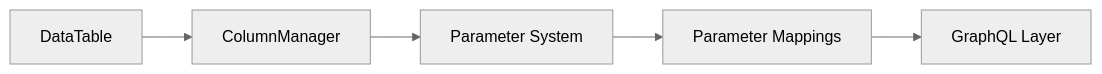
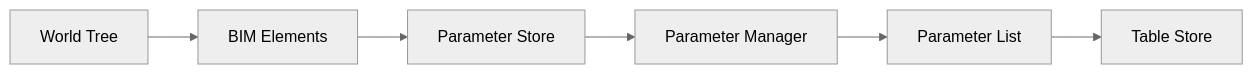
One commit to aandriuss/Agmify-v2 changed the second of 3 diagrams in packages/server/parameter-system-architecture.md. Above: the diagram before and after it, drawn with Mermaid (neutral theme). The commit also changed other lines of this file and 19 other files, not shown here.

````diff
--- a/packages/server/parameter-system-architecture.md
+++ b/packages/server/parameter-system-architecture.md
@@ -77,7 +124,8 @@
 ```mermaid
 graph LR
-    A[DataTable] --> B[ColumnManager]
-    B --> C[Parameter System]
-    C --> D[Parameter Mappings]
-    D --> E[GraphQL Layer]
+    A[World Tree] --> B[BIM Elements]
+    B --> C[Parameter Store]
+    C --> D[Parameter Manager]
+    D --> E[Parameter List]
+    E --> F[Table Store]
 ```
````
